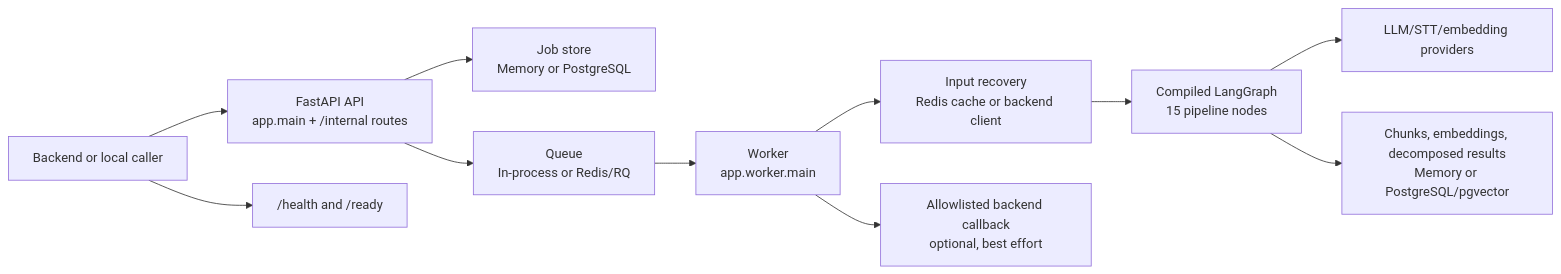
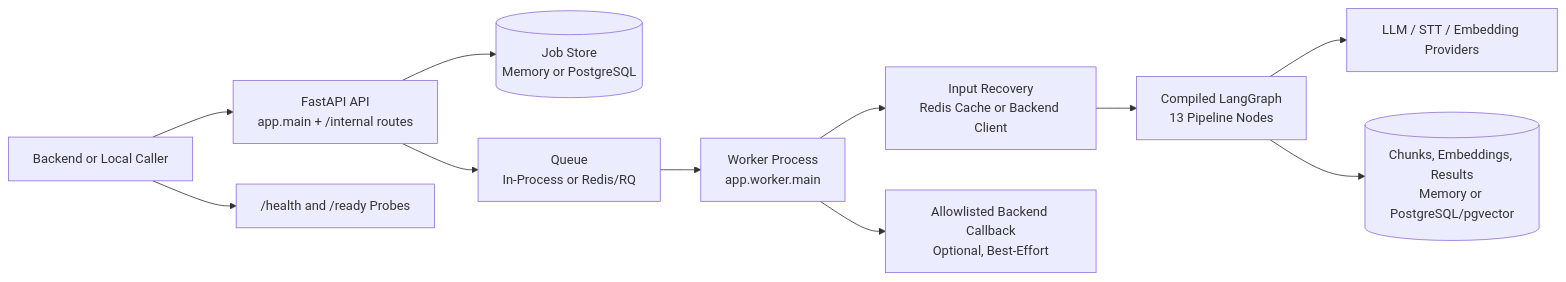
Before and after one commit to Requra/ai-pipeline: the first of 2 diagrams in docs/03-system-architecture.md, drawn with Mermaid. The commit also changed other lines of this file and 19 other files, not shown here.

Commit message:
docs(architecture): align docs and README with 13-node unified source preparation graph

````diff
--- a/docs/03-system-architecture.md
+++ b/docs/03-system-architecture.md
@@ -7,13 +7,13 @@
 ```mermaid
 flowchart LR
-    Caller["Backend or local caller"] --> API["FastAPI API\napp.main + /internal routes"]
-    API --> JobStore["Job store\nMemory or PostgreSQL"]
-    API --> Queue["Queue\nIn-process or Redis/RQ"]
-    Queue --> Worker["Worker\napp.worker.main"]
-    Worker --> Recover["Input recovery\nRedis cache or backend client"]
-    Recover --> Graph["Compiled LangGraph\n15 pipeline nodes"]
-    Graph --> Provider["LLM/STT/embedding providers"]
-    Graph --> Store["Chunks, embeddings, decomposed results\nMemory or PostgreSQL/pgvector"]
-    Worker --> Callback["Allowlisted backend callback\noptional, best effort"]
-    Caller --> Health["/health and /ready"]
+    Caller["Backend or Local Caller"] --> API["FastAPI API\napp.main + /internal routes"]
+    API --> JobStore[("Job Store\nMemory or PostgreSQL")]
+    API --> Queue["Queue\nIn-Process or Redis/RQ"]
+    Queue --> Worker["Worker Process\napp.worker.main"]
+    Worker --> Recover["Input Recovery\nRedis Cache or Backend Client"]
+    Recover --> Graph["Compiled LangGraph\n13 Pipeline Nodes"]
+    Graph --> Provider["LLM / STT / Embedding Providers"]
+    Graph --> Store[("Chunks, Embeddings, Results\nMemory or PostgreSQL/pgvector")]
+    Worker --> Callback["Allowlisted Backend Callback\nOptional, Best-Effort"]
+    Caller --> Health["/health and /ready Probes"]
 ```
````
